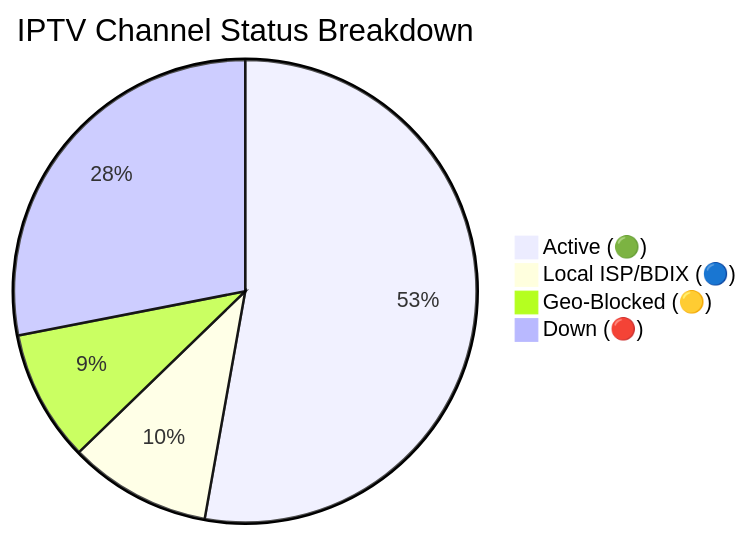
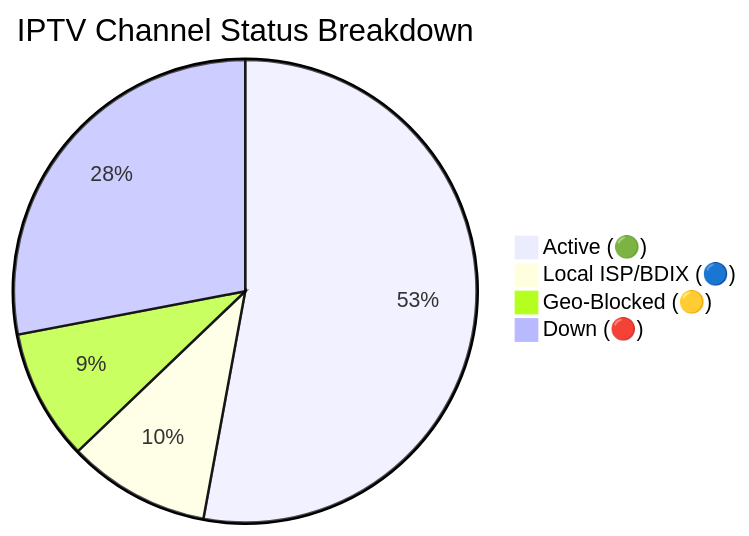
Before and after one commit to f6388600-ai/Web: the diagram in README.md, drawn with Mermaid. The commit also changed other lines of this file and 6 other files, not shown here.

````diff
--- a/README.md
+++ b/README.md
@@ -149,7 +149,7 @@
 ```mermaid
 pie title IPTV Channel Status Breakdown
-    "Active (🟢)" : 9101
-    "Local ISP/BDIX (🔵)" : 1715
-    "Geo-Blocked (🟡)" : 1582
-    "Down (🔴)" : 4836
+    "Active (🟢)" : 9122
+    "Local ISP/BDIX (🔵)" : 1718
+    "Geo-Blocked (🟡)" : 1576
+    "Down (🔴)" : 4829
 ```
````
